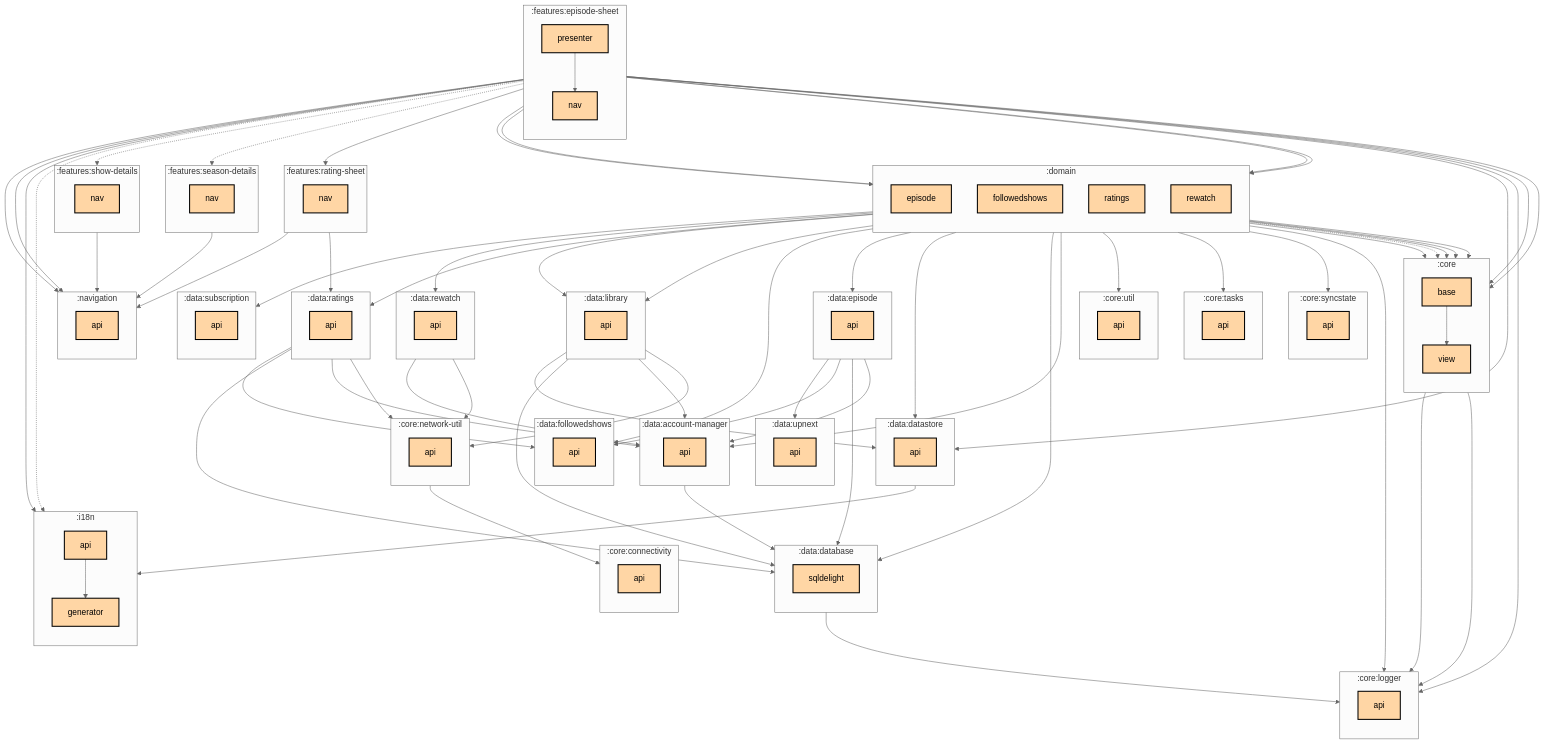
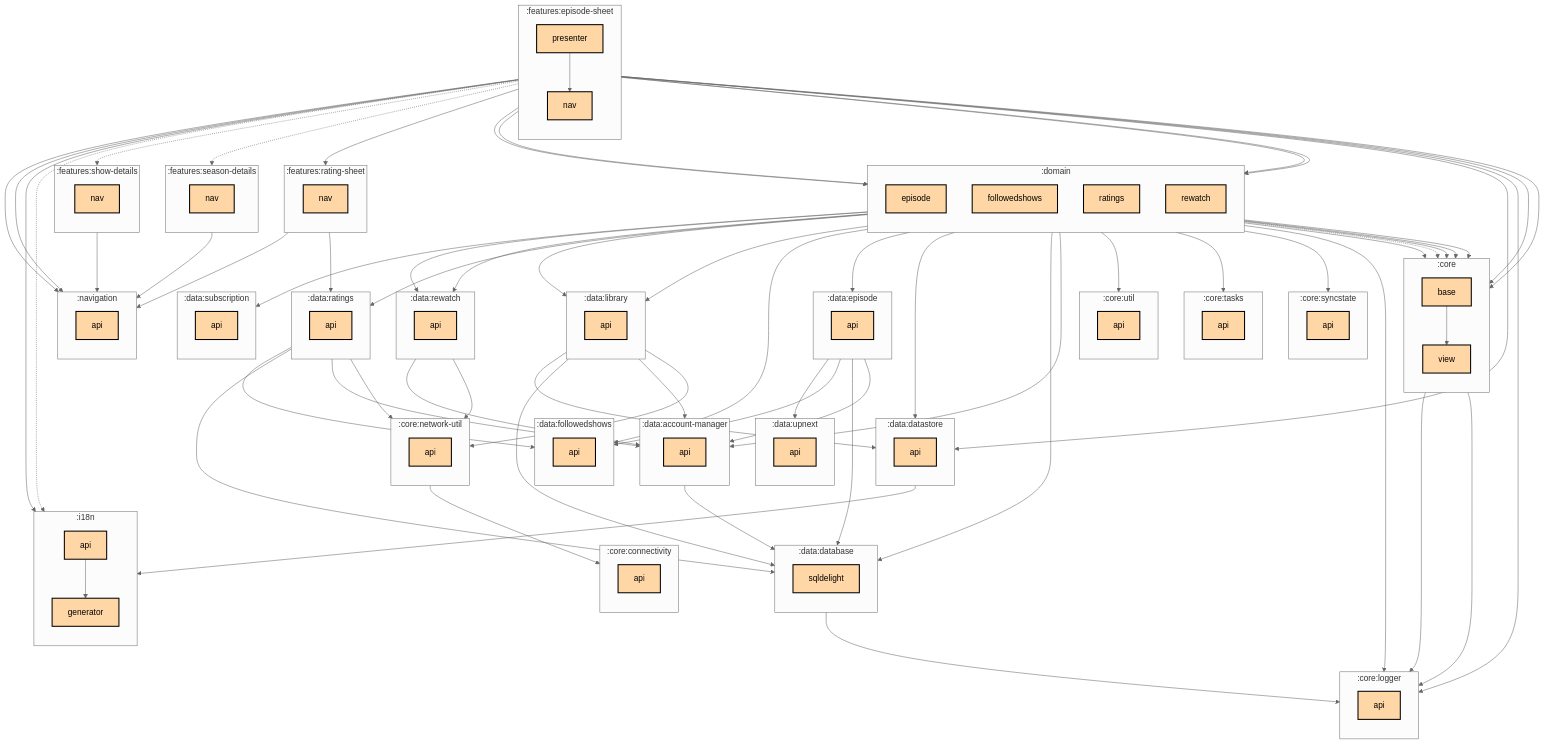
The first of 2 diagrams in features/episode-sheet/presenter/README.md (thomaskioko/tv-maniac), drawn with Mermaid (neutral theme) before and after one commit. The commit also changed 28 other files, not shown here.

Commit message:
Regenerate the module graphs for the episode rewatch edge

```diff
--- a/features/episode-sheet/presenter/README.md
+++ b/features/episode-sheet/presenter/README.md
@@ -138,6 +138,7 @@
   :domain:episode --> :data:database:sqldelight
   :domain:episode --> :data:episode:api
   :domain:episode --> :data:library:api
+  :domain:episode --> :data:rewatch:api
   :domain:followedshows --> :core:base
   :domain:followedshows --> :data:followedshows:api
   :domain:followedshows --> :data:library:api
```
